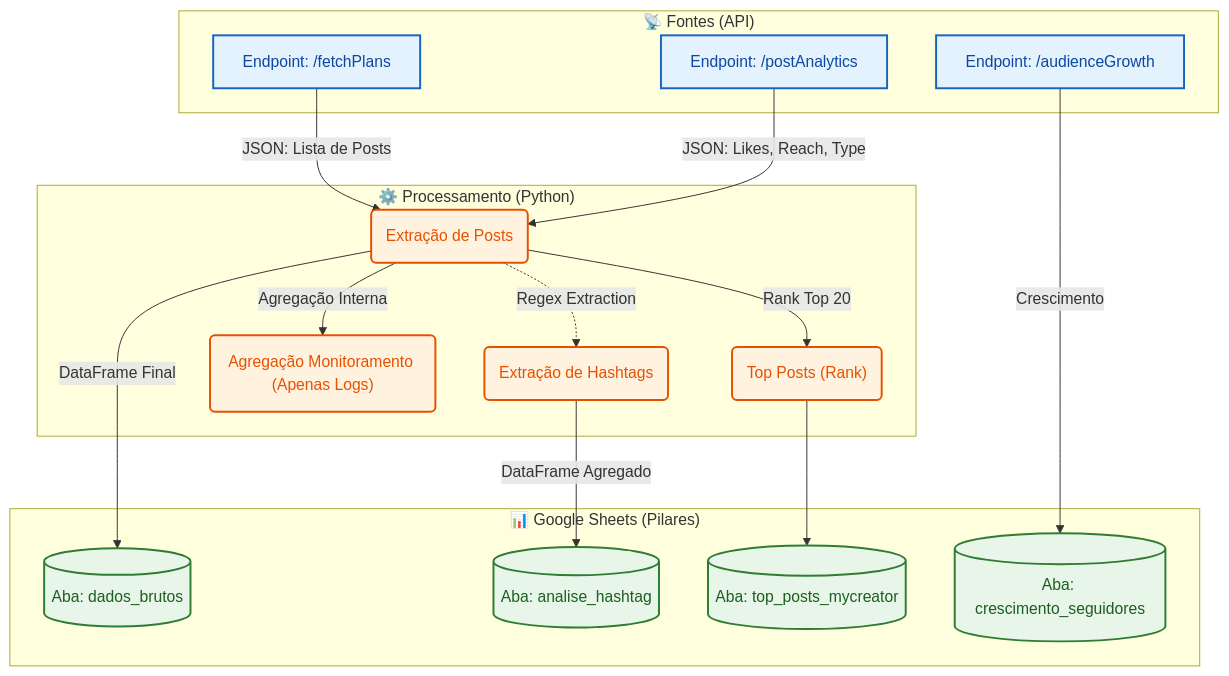
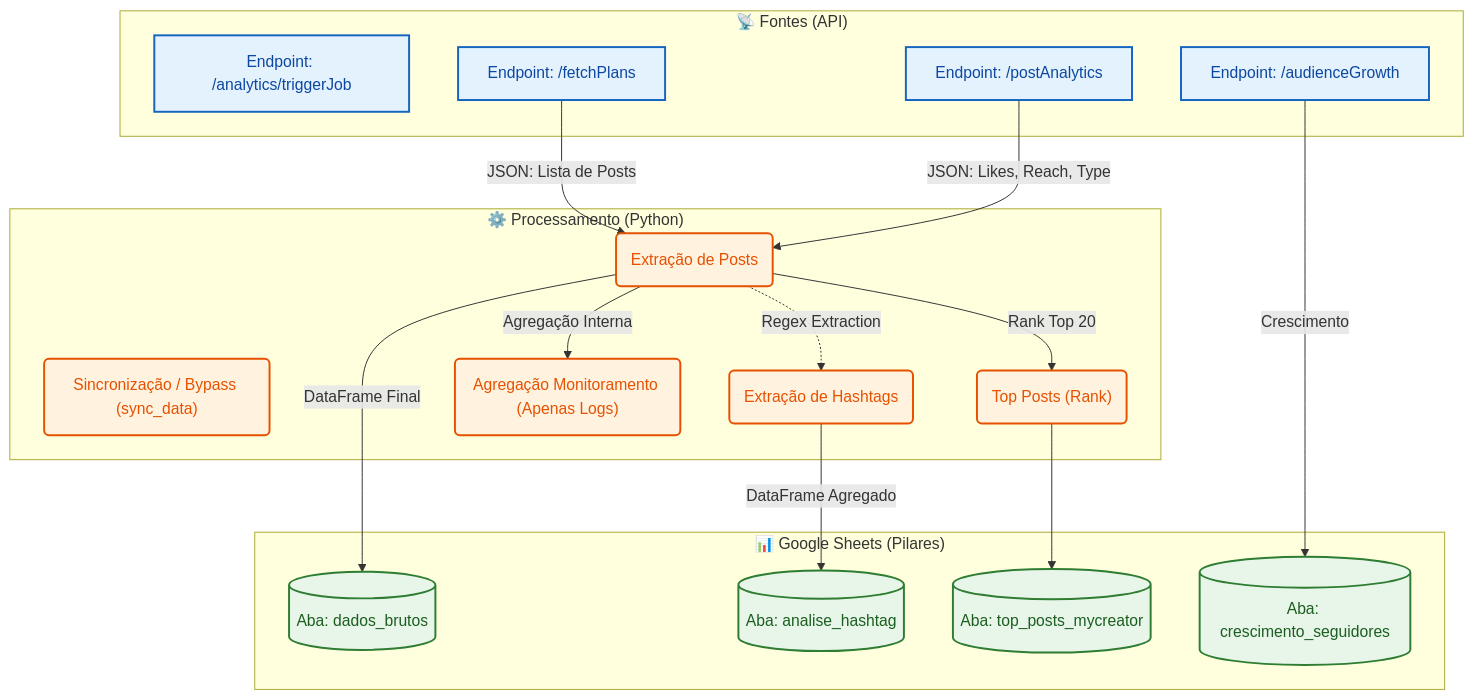
One commit to mscarpenter-myside/mycreator-analytics changed the first of 3 diagrams in Docs/DOC_TECNICA.md. Above: the diagram before and after it, drawn with Mermaid. The commit also changed other lines of this file and 5 other files, not shown here.

First line of the commit message:
feat: sistema de sincronização bypass e particionamento do ETL

````diff
--- a/Docs/DOC_TECNICA.md
+++ b/Docs/DOC_TECNICA.md
@@ -11,41 +11,43 @@
 ```mermaid
 graph TD
     %% Estilos (Cores Profissionais para Data Team)
     classDef api fill:#e3f2fd,stroke:#1565c0,stroke-width:2px,color:#0d47a1;
     classDef etl fill:#fff3e0,stroke:#e65100,stroke-width:2px,color:#e65100;
     classDef storage fill:#e8f5e9,stroke:#2e7d32,stroke-width:2px,color:#1b5e20;
     classDef join fill:#f3e5f5,stroke:#7b1fa2,stroke-width:2px,stroke-dasharray: 5 5,color:#4a148c;
 
     subgraph Sources ["📡 Fontes (API)"]
+        A1["Endpoint: /analytics/triggerJob"]:::api
         A2["Endpoint: /fetchPlans"]:::api
         A3["Endpoint: /postAnalytics"]:::api
         A4["Endpoint: /audienceGrowth"]:::api
     end
 
     subgraph Processing ["⚙️ Processamento (Python)"]
+        B0("Sincronização / Bypass (sync_data)"):::etl
         B2("Extração de Posts"):::etl
         B5("Extração de Hashtags"):::etl
         B10("Agregação Monitoramento (Apenas Logs)"):::etl
         B13("Top Posts (Rank)"):::etl
     end
 
     subgraph Destination ["📊 Google Sheets (Pilares)"]
         C2[("Aba: dados_brutos")]:::storage
         C3[("Aba: analise_hashtag")]:::storage
         C11[("Aba: top_posts_mycreator")]:::storage
         C12[("Aba: crescimento_seguidores")]:::storage
     end
 
     A4 -->|Crescimento| C12
     A2 -->|JSON: Lista de Posts| B2
     A3 -->|JSON: Likes, Reach, Type| B2
     
     B2 -->|DataFrame Final| C2
     B2 -.->|Regex Extraction| B5:::etl
     B5 -->|DataFrame Agregado| C3:::storage
     
     B2 -->|Agregação Interna| B10:::etl
     
     B2 -->|Rank Top 20| B13:::etl
     B13 --> C11:::storage
 ```
````
